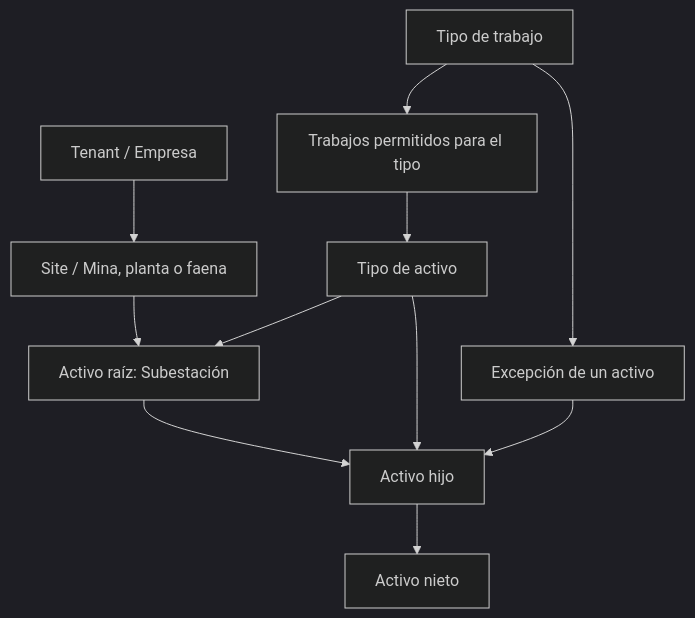
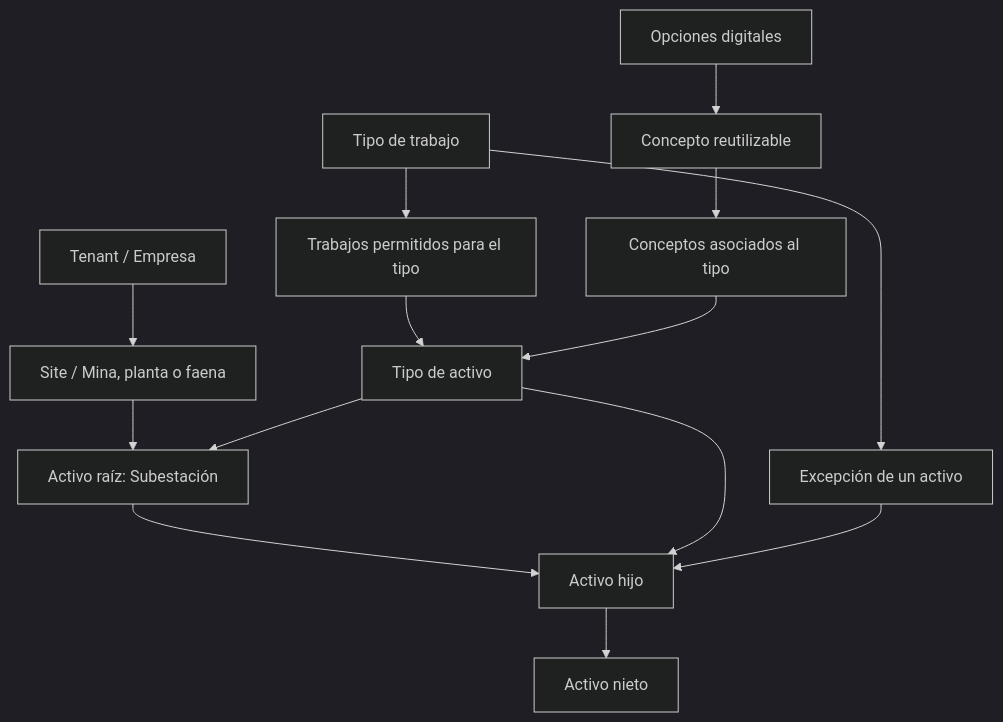
The diagram in docs/INSPECTION_RULES.md (RodrigoSHL/project-manager-nx), drawn with Mermaid (dark theme) before and after one commit. The commit also changed other lines of this file and 17 other files, not shown here.

First line of the commit message:
feat: add concept management features including form, context, and schema

````diff
--- a/docs/INSPECTION_RULES.md
+++ b/docs/INSPECTION_RULES.md
@@ -20,13 +20,16 @@
 ```mermaid
 flowchart TD
   T[Tenant / Empresa] --> S[Site / Mina, planta o faena]
   S --> A1[Activo raíz: Subestación]
   A1 --> A2[Activo hijo]
   A2 --> A3[Activo nieto]
   AT[Tipo de activo] --> A1
   AT --> A2
   ATWT[Trabajos permitidos para el tipo] --> AT
   WT[Tipo de trabajo] --> ATWT
   AWT[Excepción de un activo] --> A2
   WT --> AWT
+  ATC[Conceptos asociados al tipo] --> AT
+  C[Concepto reutilizable] --> ATC
+  CO[Opciones digitales] --> C
 ```
````
